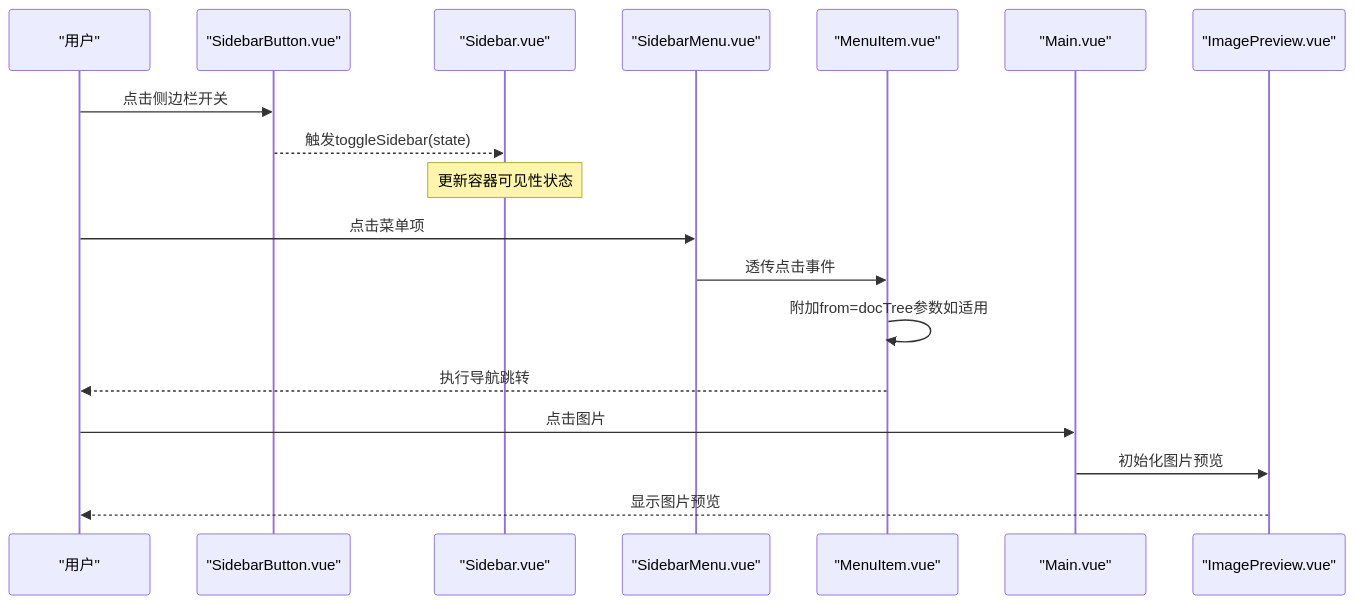
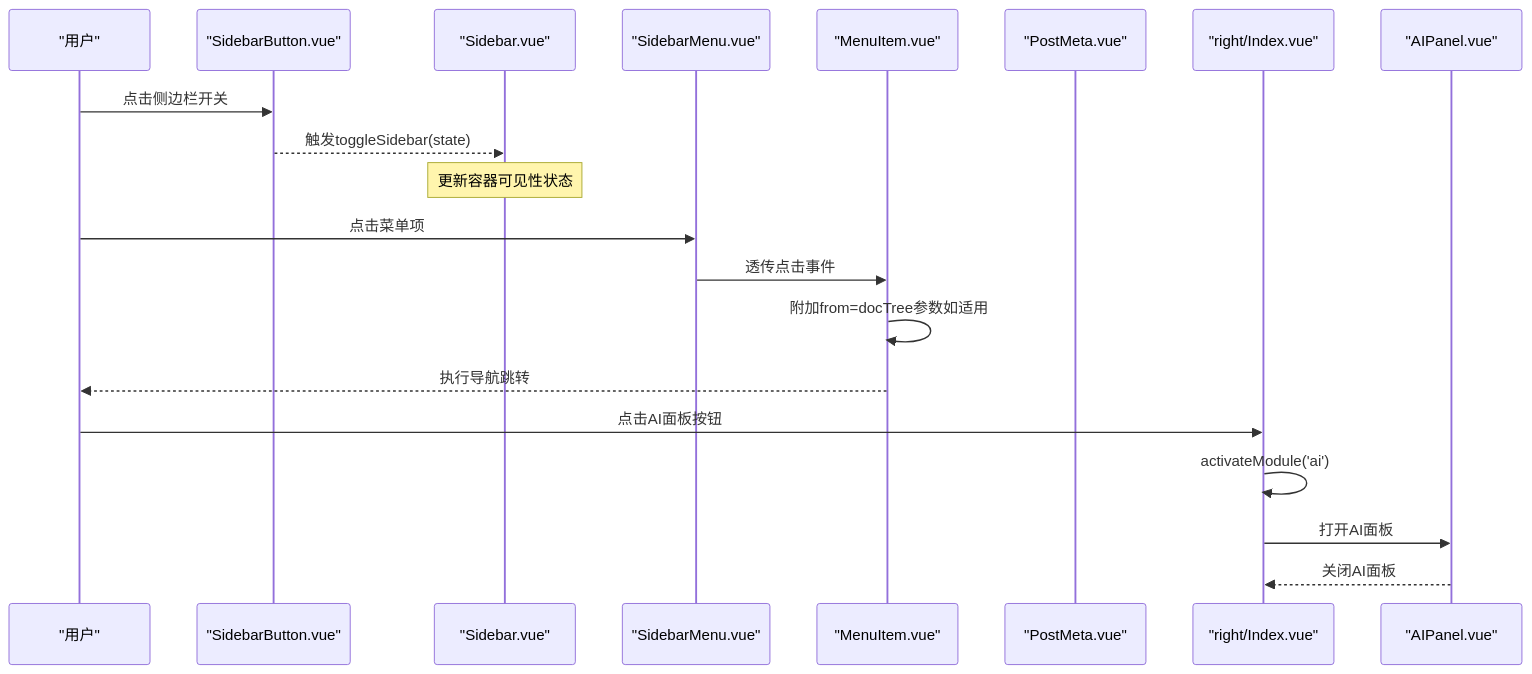
Before and after one commit to terwer/siyuan-plugin-blog: the second of 8 diagrams in .qoder/repowiki/zh/content/核心功能/UI 组件系统/内容组件.md, drawn with Mermaid. The commit also changed other lines of this file and 20 other files, not shown here.

````diff
--- a/.qoder/repowiki/zh/content/核心功能/UI 组件系统/内容组件.md
+++ b/.qoder/repowiki/zh/content/核心功能/UI 组件系统/内容组件.md
@@ -119,20 +123,22 @@
 ```mermaid
 sequenceDiagram
 participant U as "用户"
 participant SB as "SidebarButton.vue"
 participant S as "Sidebar.vue"
 participant SM as "SidebarMenu.vue"
 participant MI as "MenuItem.vue"
-participant M as "Main.vue"
-participant IP as "ImagePreview.vue"
+participant PM as "PostMeta.vue"
+participant R as "right/Index.vue"
+participant AIP as "AIPanel.vue"
 U->>SB : 点击侧边栏开关
 SB-->>S : 触发toggleSidebar(state)
 Note over S : 更新容器可见性状态
 U->>SM : 点击菜单项
 SM->>MI : 透传点击事件
 MI->>MI : 附加from=docTree参数如适用
 MI-->>U : 执行导航跳转
-U->>M : 点击图片
-M->>IP : 初始化图片预览
-IP-->>U : 显示图片预览
+U->>R : 点击AI面板按钮
+R->>R : activateModule('ai')
+R->>AIP : 打开AI面板
+AIP-->>R : 关闭AI面板
 ```
````
